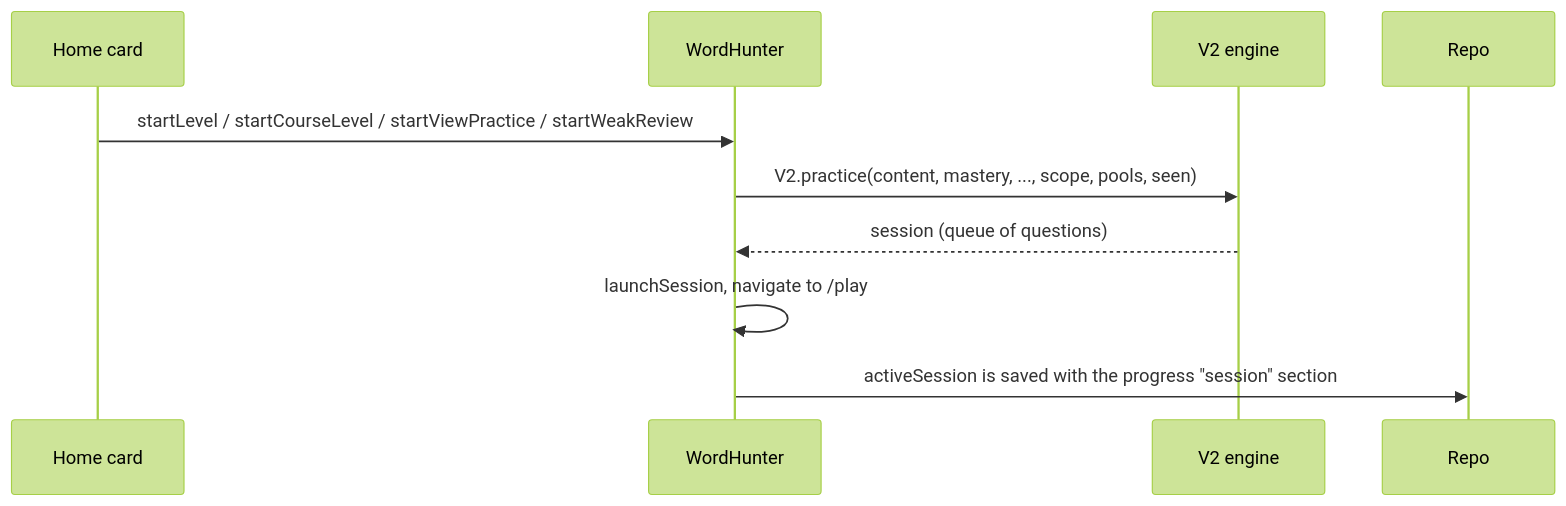
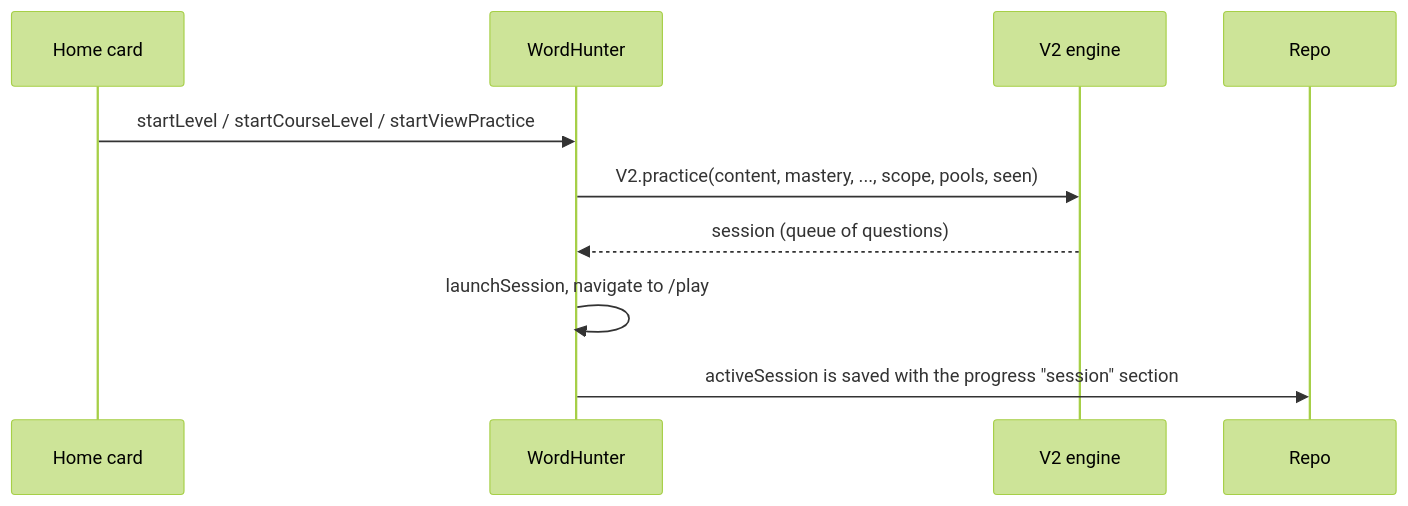
One commit to khaleddoosama/english-game changed the third of 4 diagrams in docs/architecture/current-state.md. Above: the diagram before and after it, drawn with Mermaid (forest theme). The commit also changed other lines of this file and 34 other files, not shown here.

First line of the commit message:
Remove the Final Case and the weak-words review

````diff
--- a/docs/architecture/current-state.md
+++ b/docs/architecture/current-state.md
@@ -213,12 +213,12 @@
 ```mermaid
 sequenceDiagram
   participant H as Home card
   participant W as WordHunter
   participant E as V2 engine
   participant R as Repo
-  H->>W: startLevel / startCourseLevel / startViewPractice / startWeakReview
+  H->>W: startLevel / startCourseLevel / startViewPractice
   W->>E: V2.practice(content, mastery, ..., scope, pools, seen)
   E-->>W: session (queue of questions)
   W->>W: launchSession, navigate to /play
   W->>R: activeSession is saved with the progress "session" section
 ```
````
